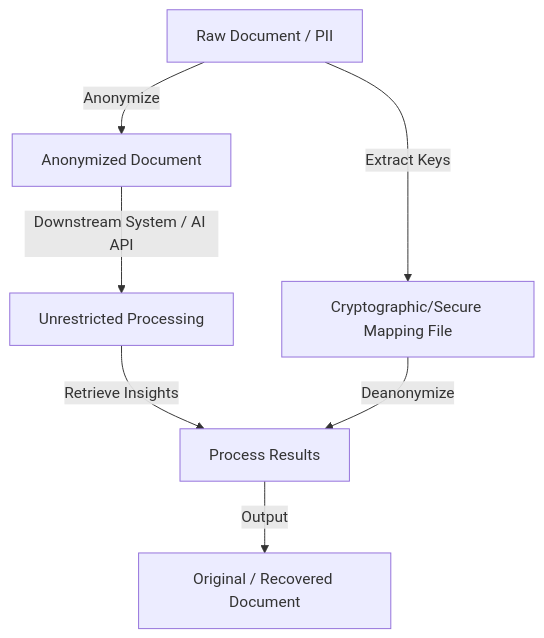
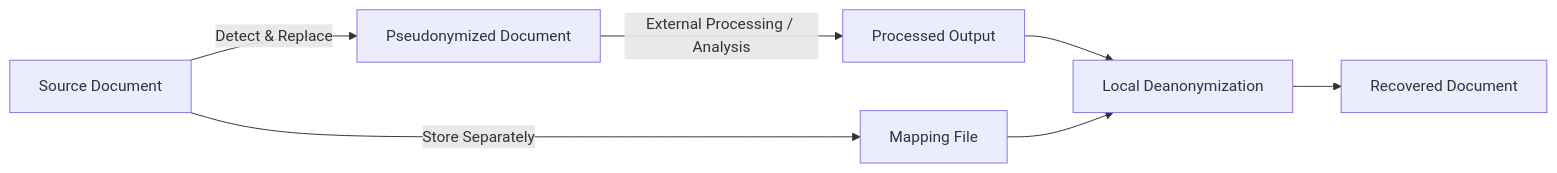
The diagram in docs/101/why-anonymization.md (leo-gan/anonymizer), drawn with Mermaid before and after one commit. The commit also changed other lines of this file and 24 other files, not shown here.

````diff
--- a/docs/101/why-anonymization.md
+++ b/docs/101/why-anonymization.md
@@ -15,9 +17,9 @@
 ```mermaid
-graph TD
-    Raw[Raw Document / PII] -->|Anonymize| Anon[Anonymized Document]
-    Raw -->|Extract Keys| Map[Cryptographic/Secure Mapping File]
-    Anon -->|Downstream System / AI API| Analysis[Unrestricted Processing]
-    Analysis -->|Retrieve Insights| Revert[Process Results]
-    Map -->|Deanonymize| Revert
-    Revert -->|Output| Final[Original / Recovered Document]
+graph LR
+    Raw[Source Document] -->|Detect & Replace| Masked[Pseudonymized Document]
+    Raw -->|Store Separately| Map[Mapping File]
+    Masked -->|External Processing / Analysis| Processed[Processed Output]
+    Processed --> Restore[Local Deanonymization]
+    Map --> Restore
+    Restore --> Final[Recovered Document]
 ```
````
